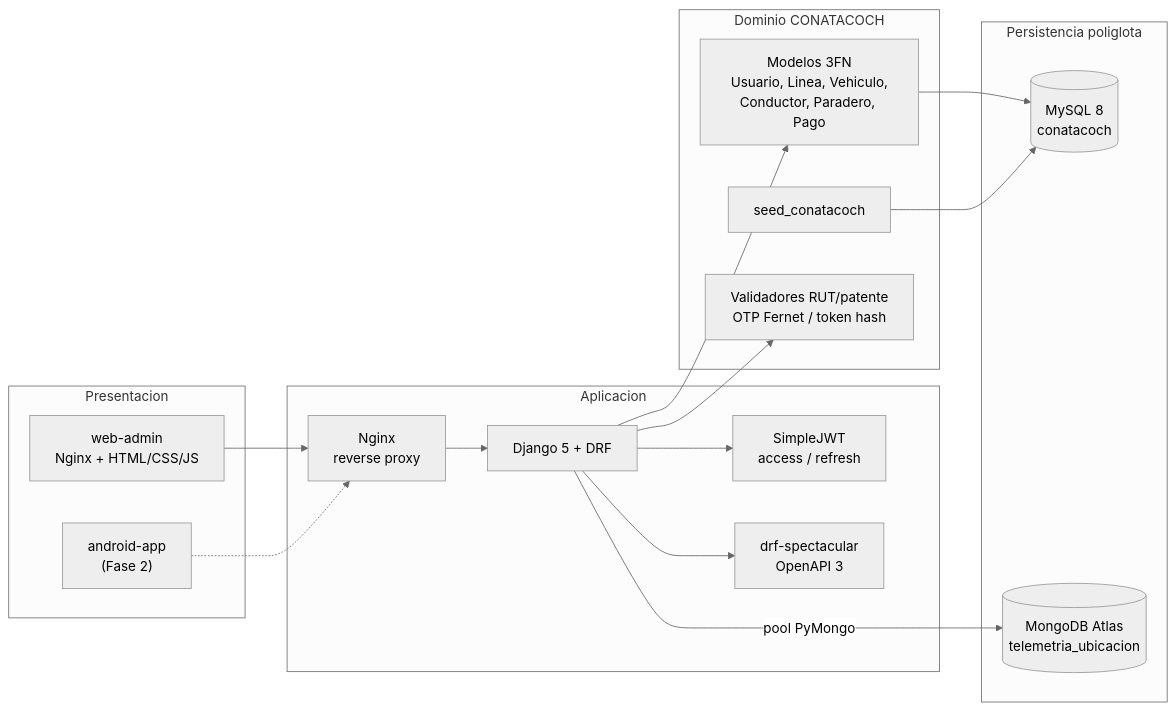
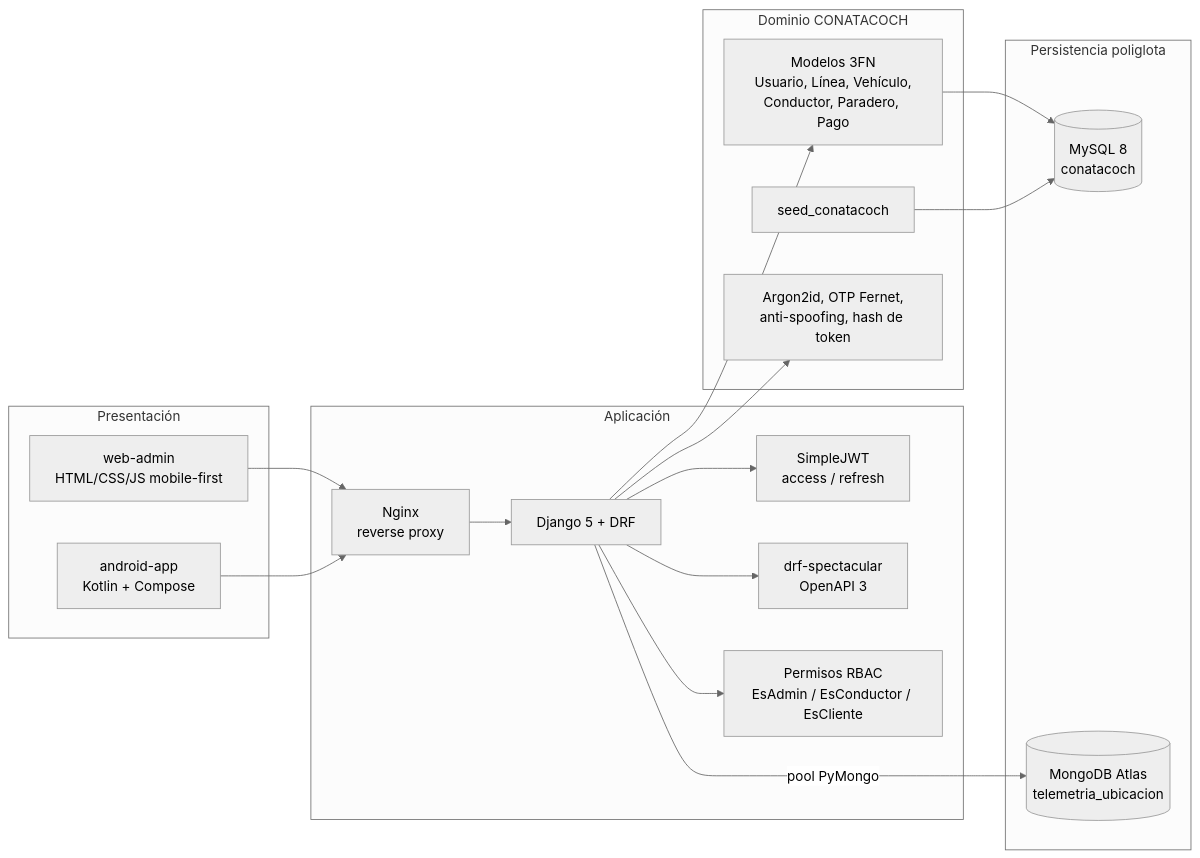
Before and after one commit to NiightSD/PROYECTO-CONATACOCH: the first of 6 diagrams in README.md, drawn with Mermaid (neutral theme). The commit also changed other lines of this file and 60 other files, not shown here.

````diff
--- a/README.md
+++ b/README.md
@@ -268,35 +280,37 @@
 ```mermaid
 flowchart LR
-    subgraph Presentacion["Presentacion"]
-        WEB["web-admin<br/>Nginx + HTML/CSS/JS"]
-        AND["android-app<br/>(Fase 2)"]
+    subgraph Presentacion["Presentación"]
+        WEB["web-admin<br/>HTML/CSS/JS mobile-first"]
+        AND["android-app<br/>Kotlin + Compose"]
     end
 
-    subgraph Aplicacion["Aplicacion"]
+    subgraph Aplicacion["Aplicación"]
         NGX["Nginx<br/>reverse proxy"]
         API["Django 5 + DRF"]
         JWT["SimpleJWT<br/>access / refresh"]
         OAS["drf-spectacular<br/>OpenAPI 3"]
+        RBAC["Permisos RBAC<br/>EsAdmin / EsConductor / EsCliente"]
     end
 
     subgraph Dominio["Dominio CONATACOCH"]
-        MOD["Modelos 3FN<br/>Usuario, Linea, Vehiculo,<br/>Conductor, Paradero, Pago"]
+        MOD["Modelos 3FN<br/>Usuario, Línea, Vehículo,<br/>Conductor, Paradero, Pago"]
         SEED["seed_conatacoch"]
-        SEC["Validadores RUT/patente<br/>OTP Fernet / token hash"]
+        SEC["Argon2id, OTP Fernet,<br/>anti-spoofing, hash de token"]
     end
 
     subgraph Datos["Persistencia poliglota"]
         MYSQL[("MySQL 8<br/>conatacoch")]
         MONGO[("MongoDB Atlas<br/>telemetria_ubicacion")]
     end
 
     WEB --> NGX --> API
-    AND -.-> NGX
+    AND --> NGX
     API --> JWT
     API --> OAS
+    API --> RBAC
     API --> MOD
     MOD --> MYSQL
     SEED --> MYSQL
     API --> SEC
     API -->|"pool PyMongo"| MONGO
 ```
````
